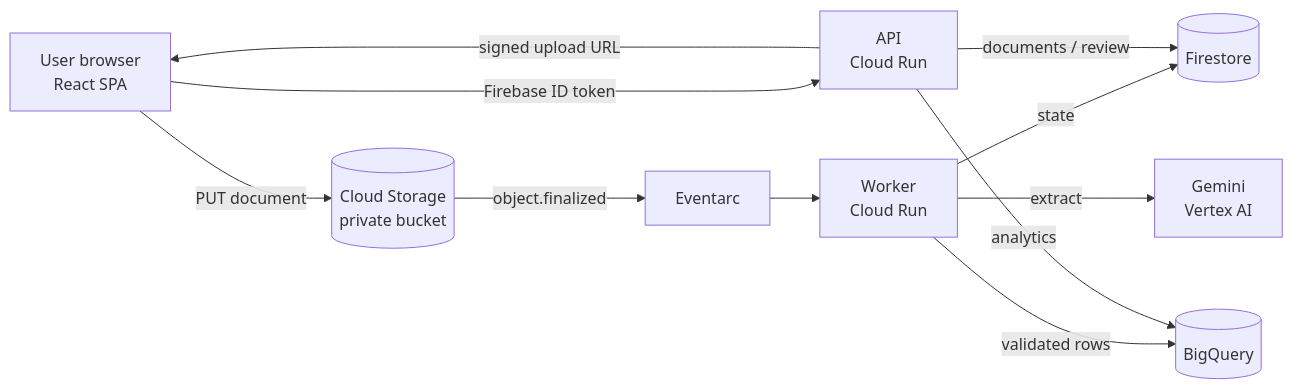
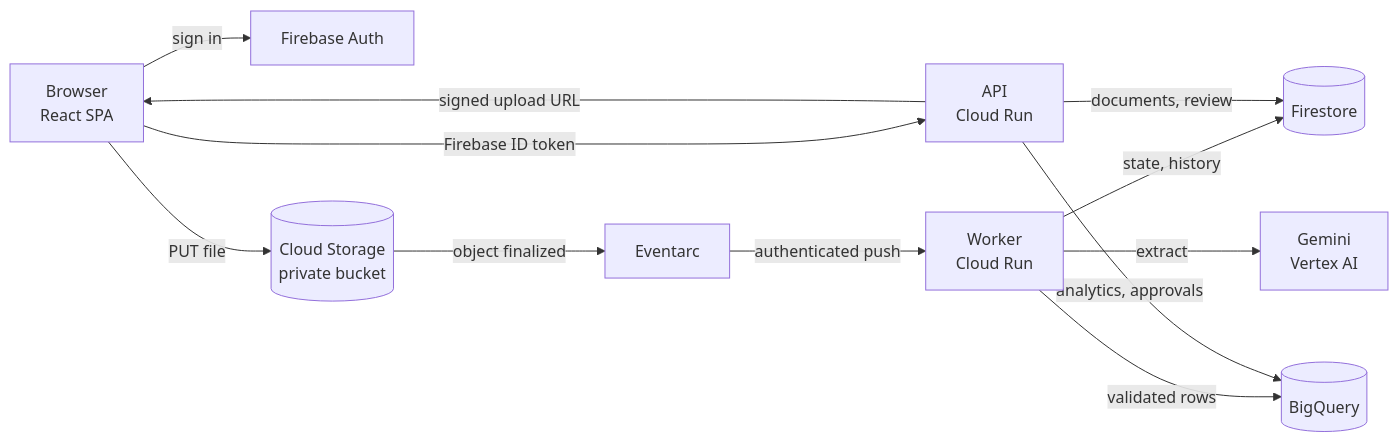
One commit to Khangradulation/receipt-invoice-extractor changed the diagram in README.md. Above: the diagram before and after it, drawn with Mermaid. The commit also changed other lines of this file and 38 other files, not shown here.

First line of the commit message:
Phase 16: documentation, architecture, screenshots, analytics time-zone fix

````diff
--- a/README.md
+++ b/README.md
@@ -13,13 +54,14 @@
 ```mermaid
 flowchart LR
-    U[User browser<br/>React SPA] -- Firebase ID token --> API[API<br/>Cloud Run]
+    U[Browser<br/>React SPA] -- Firebase ID token --> API[API<br/>Cloud Run]
+    U -- sign in --> FB[Firebase Auth]
     API -- signed upload URL --> U
-    U -- PUT document --> GCS[(Cloud Storage<br/>private bucket)]
-    GCS -- object.finalized --> EA[Eventarc]
-    EA --> W[Worker<br/>Cloud Run]
+    U -- PUT file --> GCS[(Cloud Storage<br/>private bucket)]
+    GCS -- object finalized --> EA[Eventarc]
+    EA -- authenticated push --> W[Worker<br/>Cloud Run]
     W -- extract --> G[Gemini<br/>Vertex AI]
-    W -- state --> FS[(Firestore)]
+    W -- state, history --> FS[(Firestore)]
     W -- validated rows --> BQ[(BigQuery)]
-    API -- documents / review --> FS
-    API -- analytics --> BQ
+    API -- documents, review --> FS
+    API -- analytics, approvals --> BQ
 ```
````
